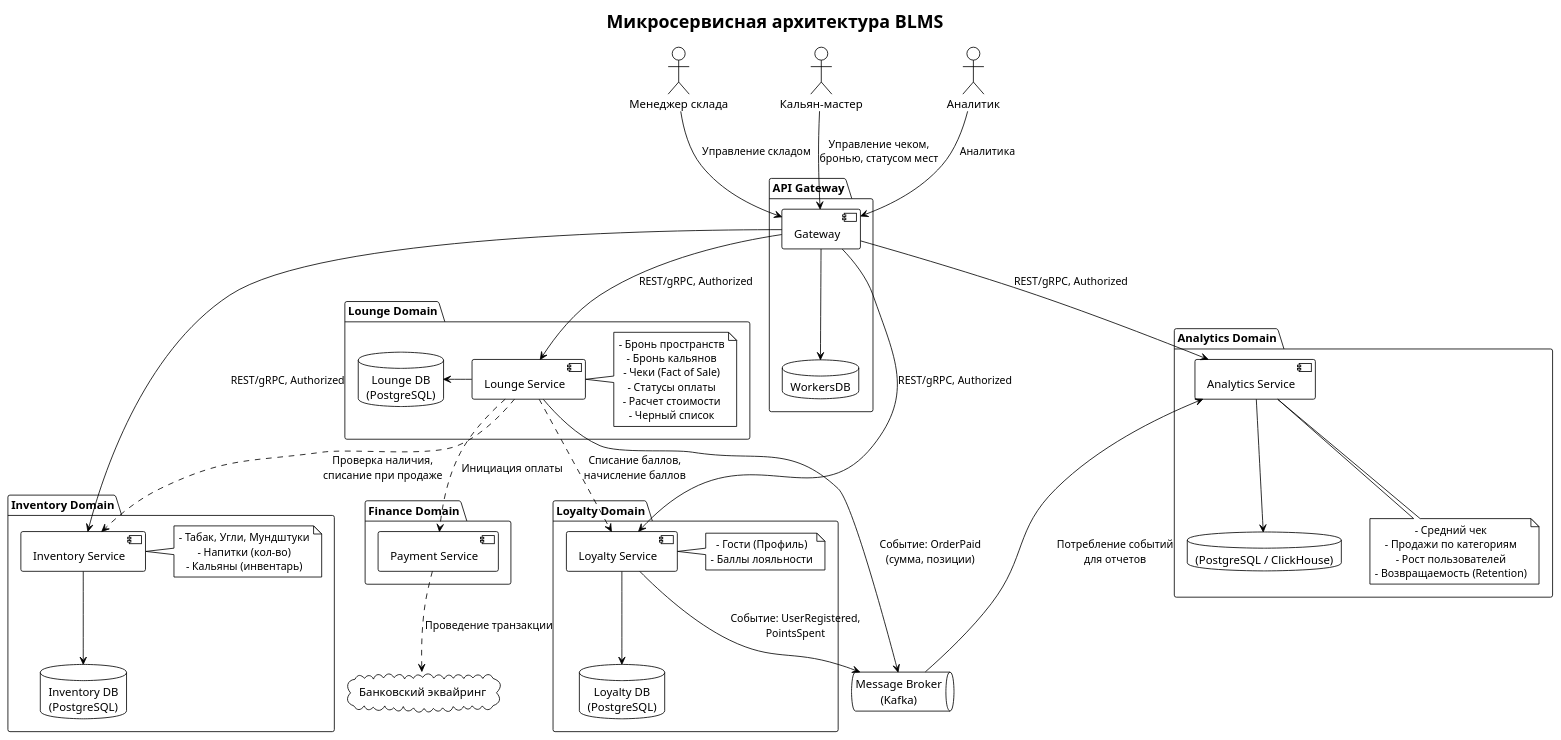
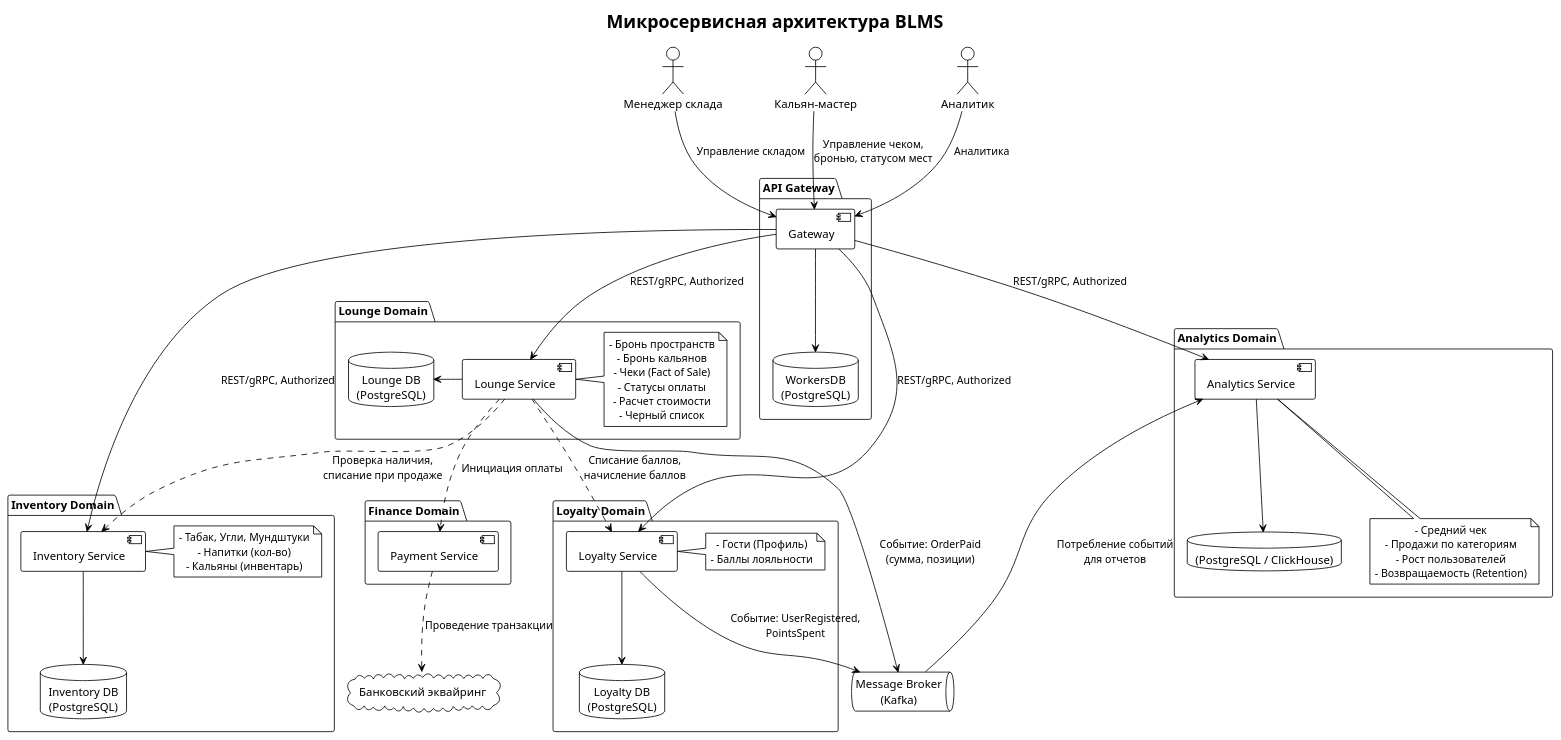
Before and after one commit to Lounge-MS/blms: the diagram in diagram.puml, drawn with PlantUML. The commit also changed 1 other file, not shown here.

```diff
--- a/diagram.puml
+++ b/diagram.puml
@@ -1,94 +1,94 @@
 @startuml
 !theme plain
 skinparam componentStyle uml2
 skinparam defaultTextAlignment center
 
 title Микросервисная архитектура BLMS
 
 actor "Менеджер склада" as Manager
 actor "Кальян-мастер" as Master
 actor "Аналитик" as Analyst
 
 cloud "Банковский эквайринг" as BankAPI
 
 queue "Message Broker\n(Kafka)" as EventBus
 
 package "API Gateway" {
     [Gateway] as Gateway
-    database "WorkersDB"
+    database "WorkersDB\n(PostgreSQL)" as WorkersDB
 }
 
 package "Inventory Domain" {
     component [Inventory Service] as Inventory
     database "Inventory DB\n(PostgreSQL)" as InvDB
     note right of Inventory
         - Табак, Угли, Мундштуки
         - Напитки (кол-во)
         - Кальяны (инвентарь)
     end note
 }
 
 package "Lounge Domain" {
     component [Lounge Service] as Lounge
     database "Lounge DB\n(PostgreSQL)" as LoungeDB
     note right of Lounge
         - Бронь пространств
         - Бронь кальянов
         - Чеки (Fact of Sale)
         - Статусы оплаты
         - Расчет стоимости
         - Черный список
     end note
 }
 
 package "Loyalty Domain" {
     component [Loyalty Service] as Loyalty
     database "Loyalty DB\n(PostgreSQL)" as LoyaltyDB
     note right of Loyalty
         - Гости (Профиль)
         - Баллы лояльности
     end note
 }
 
 package "Finance Domain" {
     component [Payment Service] as Payment
 }
 
 package "Analytics Domain" {
     component [Analytics Service] as Analytics
     database "(PostgreSQL / ClickHouse)" as StatsDB
     note bottom of Analytics
         - Средний чек
         - Продажи по категориям
         - Рост пользователей
         - Возвращаемость (Retention)
     end note
 }
 
 Manager --> Gateway : Управление складом
 Master --> Gateway : Управление чеком,\nбронью, статусом мест
 Analyst --> Gateway : Аналитика
 
 Gateway --> Inventory : REST/gRPC, Authorized
 Gateway --> Lounge : REST/gRPC, Authorized
 Gateway --> Loyalty : REST/gRPC, Authorized
 Gateway --> Analytics : REST/gRPC, Authorized
 Gateway --> WorkersDB
 
 Lounge ..> Inventory : Проверка наличия,\nсписание при продаже
 Lounge .down.> Loyalty : Списание баллов,\nначисление баллов
 Lounge .down.> Payment : Инициация оплаты
 
 Inventory -down-> InvDB
 Lounge -left-> LoungeDB
 Loyalty -down-> LoyaltyDB
 Analytics -down-> StatsDB
 
 Payment ..> BankAPI : Проведение транзакции
 
 Lounge -down-> EventBus : Событие: OrderPaid\n(сумма, позиции)
 Loyalty -down-> EventBus : Событие: UserRegistered,\nPointsSpent
 
 EventBus -up-> Analytics : Потребление событий\nдля отчетов
 
 @enduml
```
